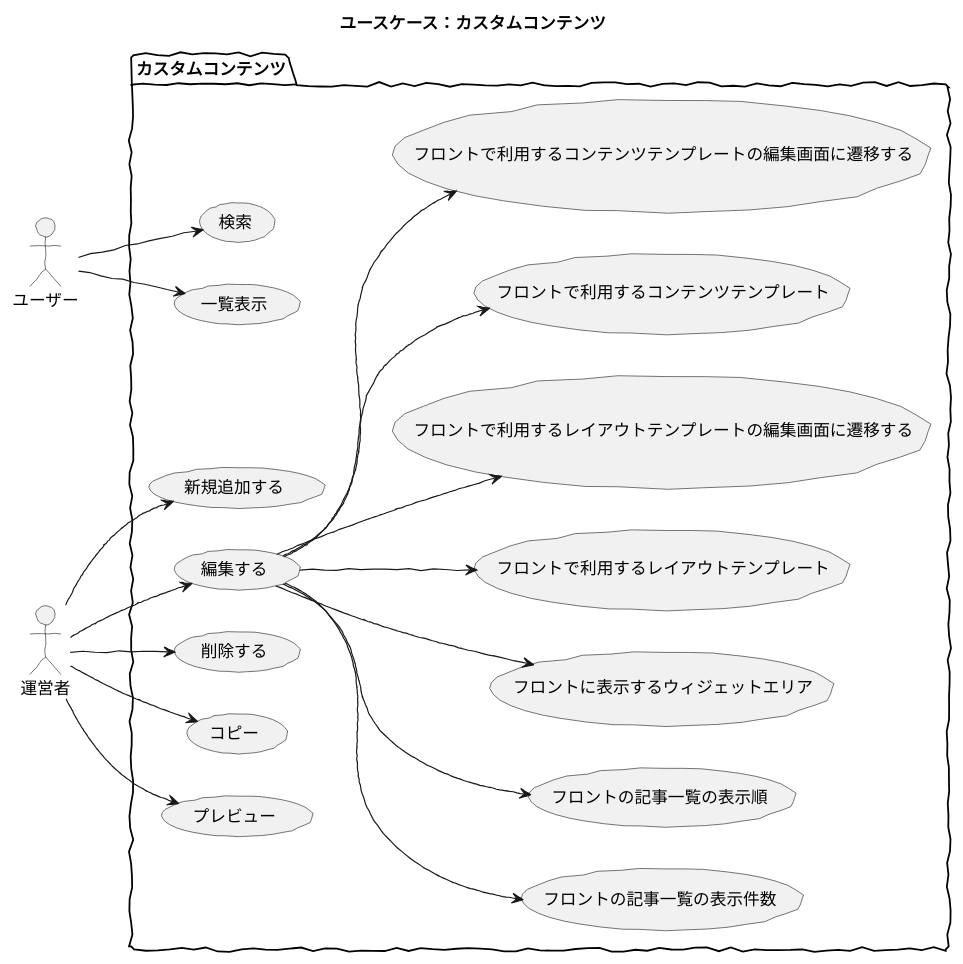
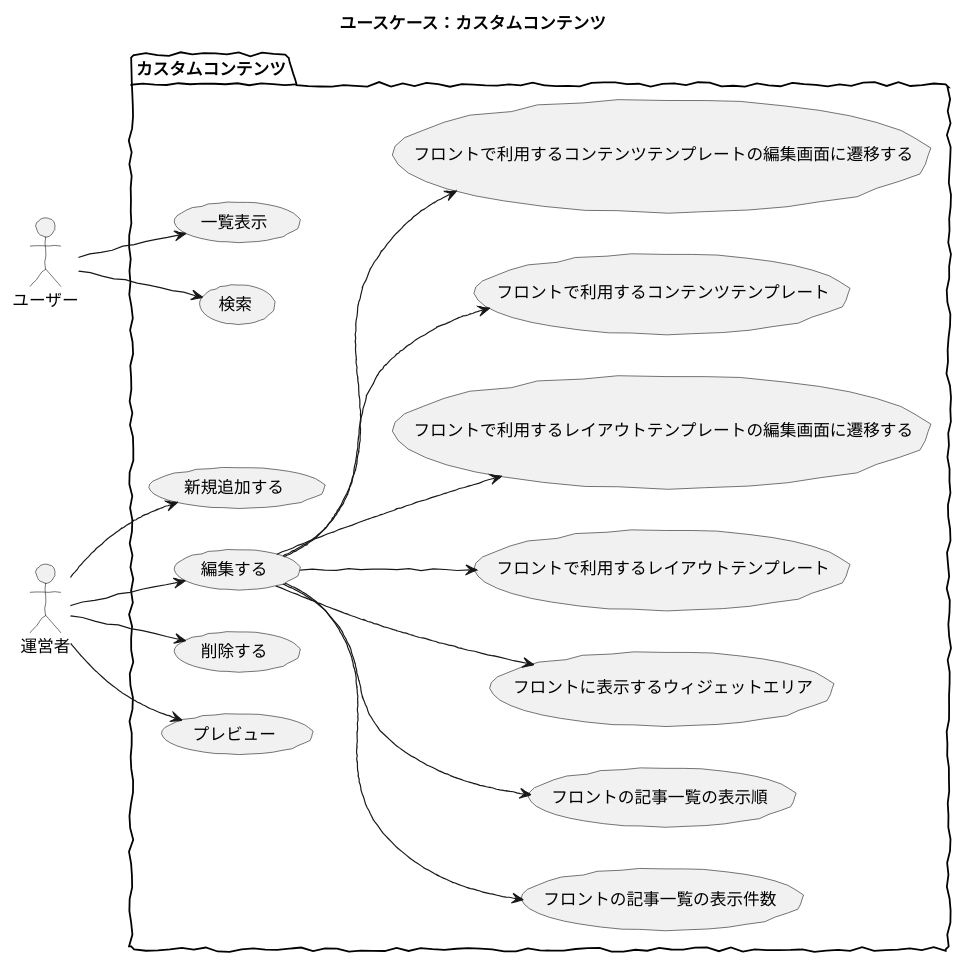
The diagram in src/puml/5/ucmitz/svg/use_case/bc-custom-content/custom_contents.puml (baserproject/baserproject.github.io), drawn with PlantUML before and after one commit. The commit also changed 30 other files, not shown here.

```diff
--- a/src/puml/5/ucmitz/svg/use_case/bc-custom-content/custom_contents.puml
+++ b/src/puml/5/ucmitz/svg/use_case/bc-custom-content/custom_contents.puml
@@ -1,29 +1,28 @@
 @startuml
 
 skinparam handwritten true
 skinparam backgroundColor white
 
 title ユースケース：カスタムコンテンツ
 
 actor ユーザー
 actor 運営者
 
 package カスタムコンテンツ {
 	left to right direction
 	運営者 --> (新規追加する)
 	運営者 --> (編集する)
 	運営者 --> (削除する)
-    運営者 --> (コピー)
     運営者 --> (プレビュー)
 	(編集する) --> (フロントの記事一覧の表示件数)
 	(編集する) --> (フロントの記事一覧の表示順)
 	(編集する) --> (フロントに表示するウィジェットエリア)
 	(編集する) --> (フロントで利用するレイアウトテンプレート)
 	(編集する) --> (フロントで利用するレイアウトテンプレートの編集画面に遷移する)
 	(編集する) --> (フロントで利用するコンテンツテンプレート)
 	(編集する) --> (フロントで利用するコンテンツテンプレートの編集画面に遷移する)
     ユーザー --> (一覧表示)
     ユーザー --> (検索)
 }
 
 @enduml
```
